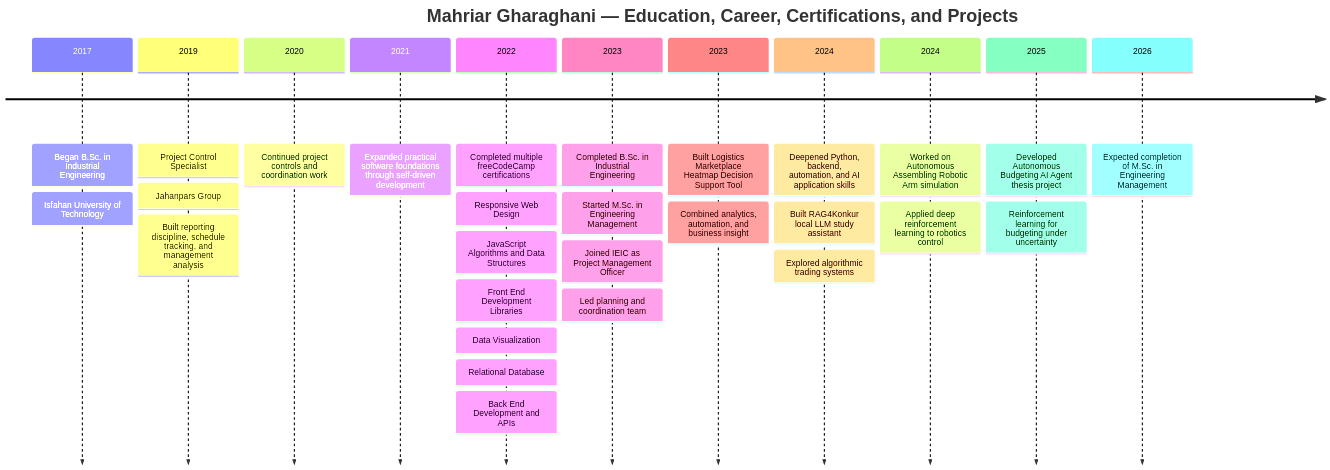
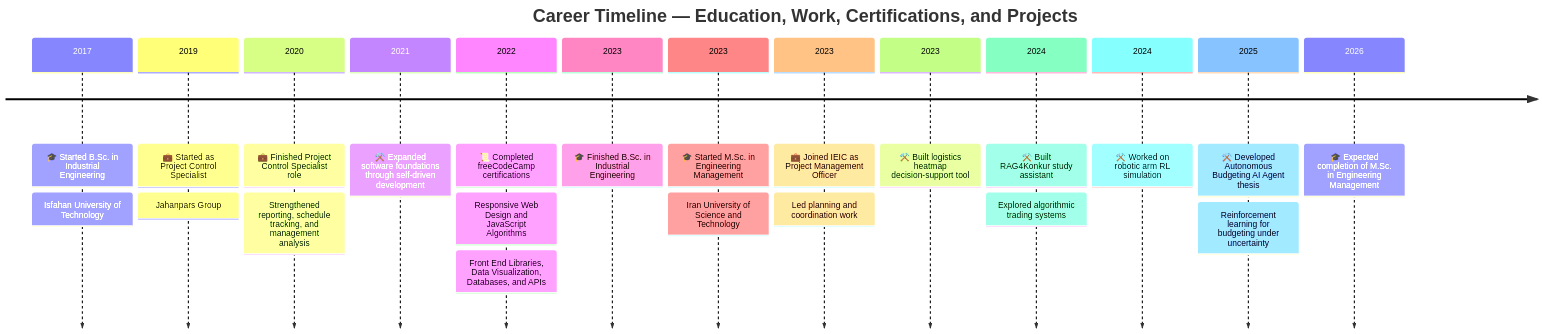
One commit to UDynamic/ML-Engineering-job-Prep changed the diagram in applicationSystem/docs/timelineGraph/timeline.md. Above: the diagram before and after it, drawn with Mermaid. The commit also changed other lines of this file and 1 other file, not shown here.

````diff
--- a/applicationSystem/docs/timelineGraph/timeline.md
+++ b/applicationSystem/docs/timelineGraph/timeline.md
@@ -7,32 +5,26 @@
 ```mermaid
 timeline
-    title Mahriar Gharaghani — Education, Career, Certifications, and Projects
-    2017 : Began B.Sc. in Industrial Engineering
+    title Career Timeline — Education, Work, Certifications, and Projects
+    2017 : 🎓 Started B.Sc. in Industrial Engineering
          : Isfahan University of Technology
-    2019 : Project Control Specialist
+    2019 : 💼 Started as Project Control Specialist
          : Jahanpars Group
-         : Built reporting discipline, schedule tracking, and management analysis
-    2020 : Continued project controls and coordination work
-    2021 : Expanded practical software foundations through self-driven development
-    2022 : Completed multiple freeCodeCamp certifications
-         : Responsive Web Design
-         : JavaScript Algorithms and Data Structures
-         : Front End Development Libraries
-         : Data Visualization
-         : Relational Database
-         : Back End Development and APIs
-    2023 : Completed B.Sc. in Industrial Engineering
-         : Started M.Sc. in Engineering Management
-         : Joined IEIC as Project Management Officer
-         : Led planning and coordination team
-    2023 : Built Logistics Marketplace Heatmap Decision Support Tool
-         : Combined analytics, automation, and business insight
-    2024 : Deepened Python, backend, automation, and AI application skills
-         : Built RAG4Konkur local LLM study assistant
+    2020 : 💼 Finished Project Control Specialist role
+         : Strengthened reporting, schedule tracking, and management analysis
+    2021 : ⚒️ Expanded software foundations through self-driven development
+    2022 : 📜 Completed freeCodeCamp certifications
+         : Responsive Web Design and JavaScript Algorithms
+         : Front End Libraries, Data Visualization, Databases, and APIs
+    2023 : 🎓 Finished B.Sc. in Industrial Engineering
+    2023 : 🎓 Started M.Sc. in Engineering Management
+         : Iran University of Science and Technology
+    2023 : 💼 Joined IEIC as Project Management Officer
+         : Led planning and coordination work
+    2023 : ⚒️ Built logistics heatmap decision-support tool
+    2024 : ⚒️ Built RAG4Konkur study assistant
          : Explored algorithmic trading systems
-    2024 : Worked on Autonomous Assembling Robotic Arm simulation
-         : Applied deep reinforcement learning to robotics control
-    2025 : Developed Autonomous Budgeting AI Agent thesis project
+    2024 : ⚒️ Worked on robotic arm RL simulation
+    2025 : ⚒️ Developed Autonomous Budgeting AI Agent thesis
          : Reinforcement learning for budgeting under uncertainty
-    2026 : Expected completion of M.Sc. in Engineering Management
+    2026 : 🎓 Expected completion of M.Sc. in Engineering Management
 ```
````
